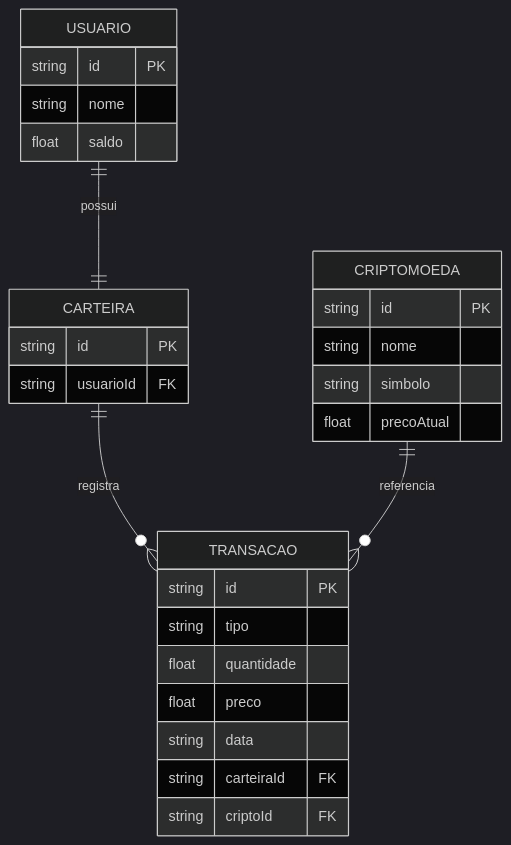
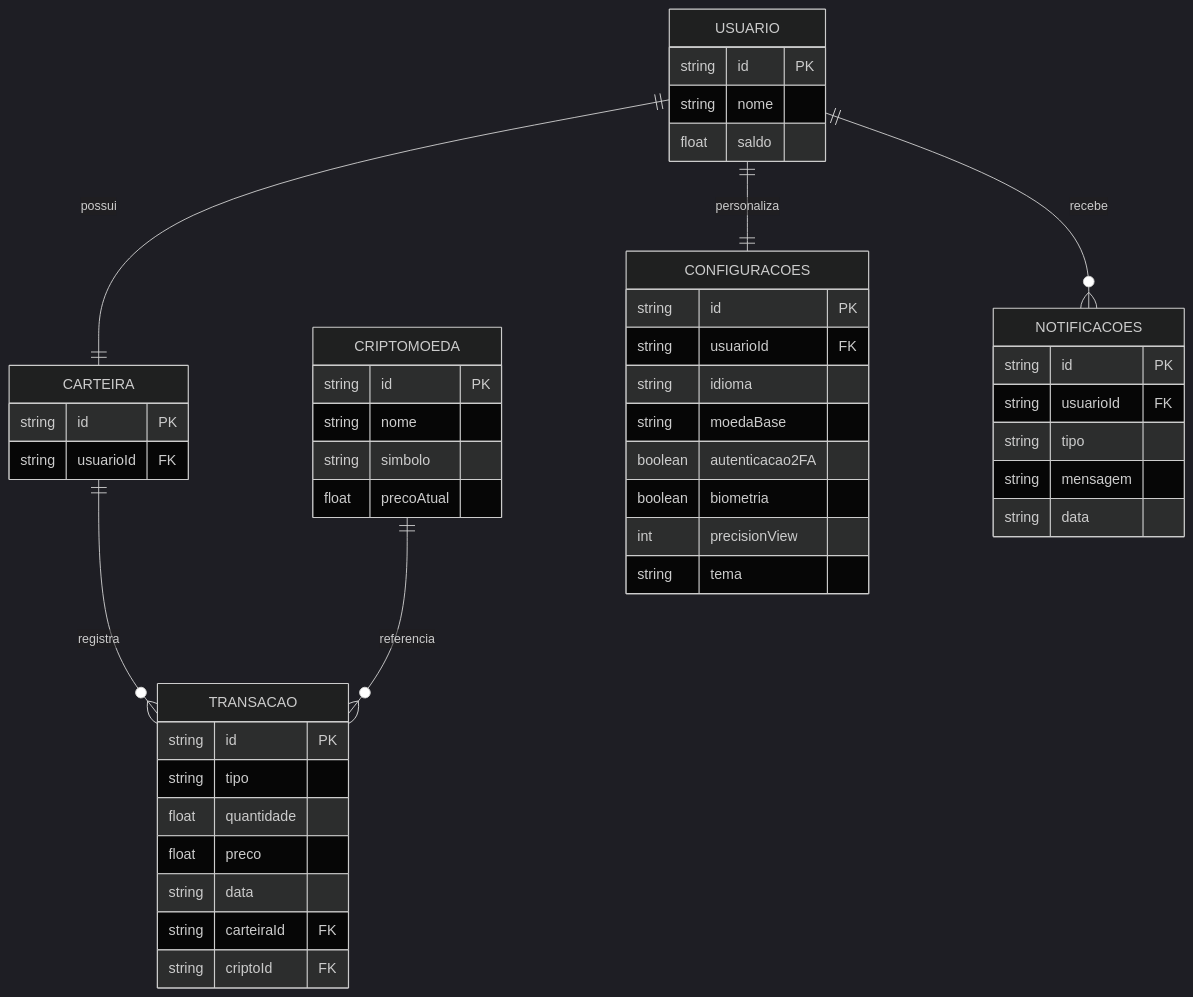
Before and after one commit to Vinicius-L-Franca/crypto-sandbox: the diagram in docs/spec.md, drawn with Mermaid (dark theme). The commit also changed 2 other files, not shown here.

Commit message:
docs: adicionar páginas, componentes visuais, entidades e user stories
Agent-Logs-Url: https://github.com/Vinicius-L-Franca/crypto-sandbox/sessions/acf5a821-c469-4175-9cb0-a01be82d3230

````diff
--- a/docs/spec.md
+++ b/docs/spec.md
@@ -13,35 +13,56 @@
 ```mermaid
 erDiagram
 
     USUARIO ||--|| CARTEIRA : possui
     CARTEIRA ||--o{ TRANSACAO : registra
     CRIPTOMOEDA ||--o{ TRANSACAO : referencia
+    USUARIO ||--|| CONFIGURACOES : personaliza
+    USUARIO ||--o{ NOTIFICACOES : recebe
 
     USUARIO {
         string id PK
         string nome
         float saldo
     }
 
     CARTEIRA {
         string id PK
         string usuarioId FK
     }
 
     CRIPTOMOEDA {
         string id PK
         string nome
         string simbolo
         float precoAtual
     }
 
     TRANSACAO {
         string id PK
         string tipo
         float quantidade
         float preco
         string data
         string carteiraId FK
         string criptoId FK
     }
+
+    CONFIGURACOES {
+        string id PK
+        string usuarioId FK
+        string idioma
+        string moedaBase
+        boolean autenticacao2FA
+        boolean biometria
+        int precisionView
+        string tema
+    }
+
+    NOTIFICACOES {
+        string id PK
+        string usuarioId FK
+        string tipo
+        string mensagem
+        string data
+    }
 ```
````
